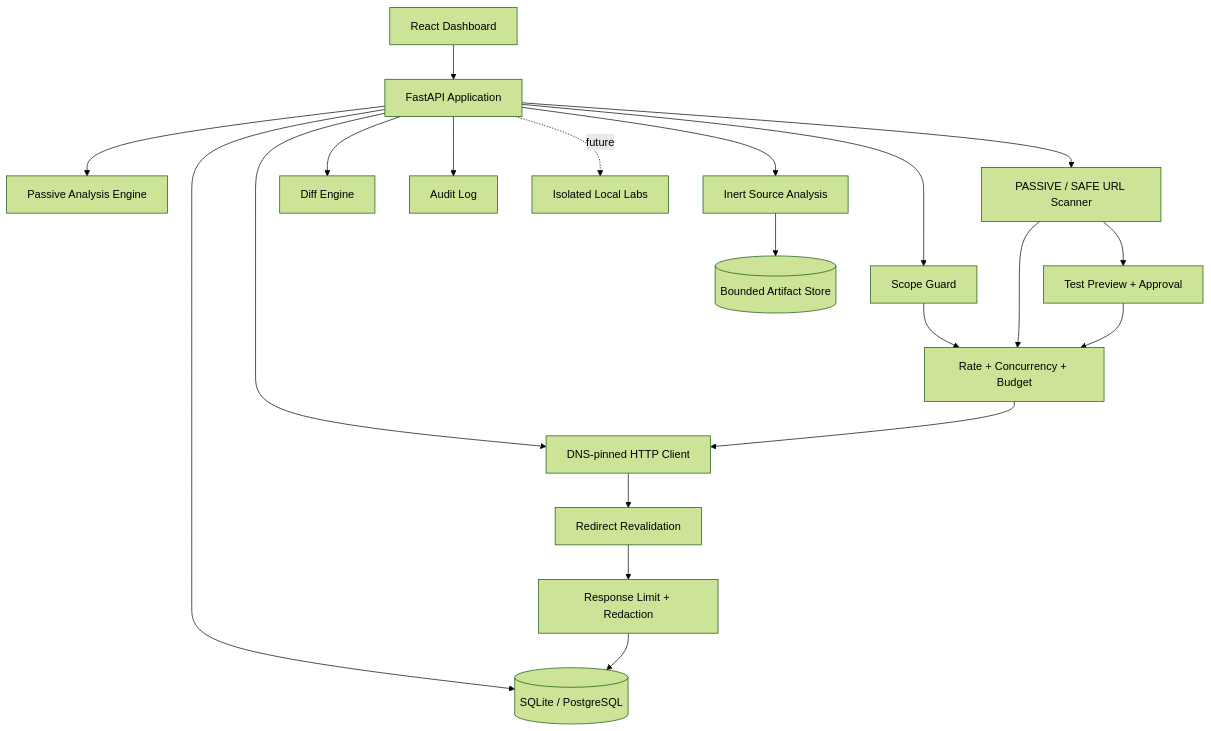
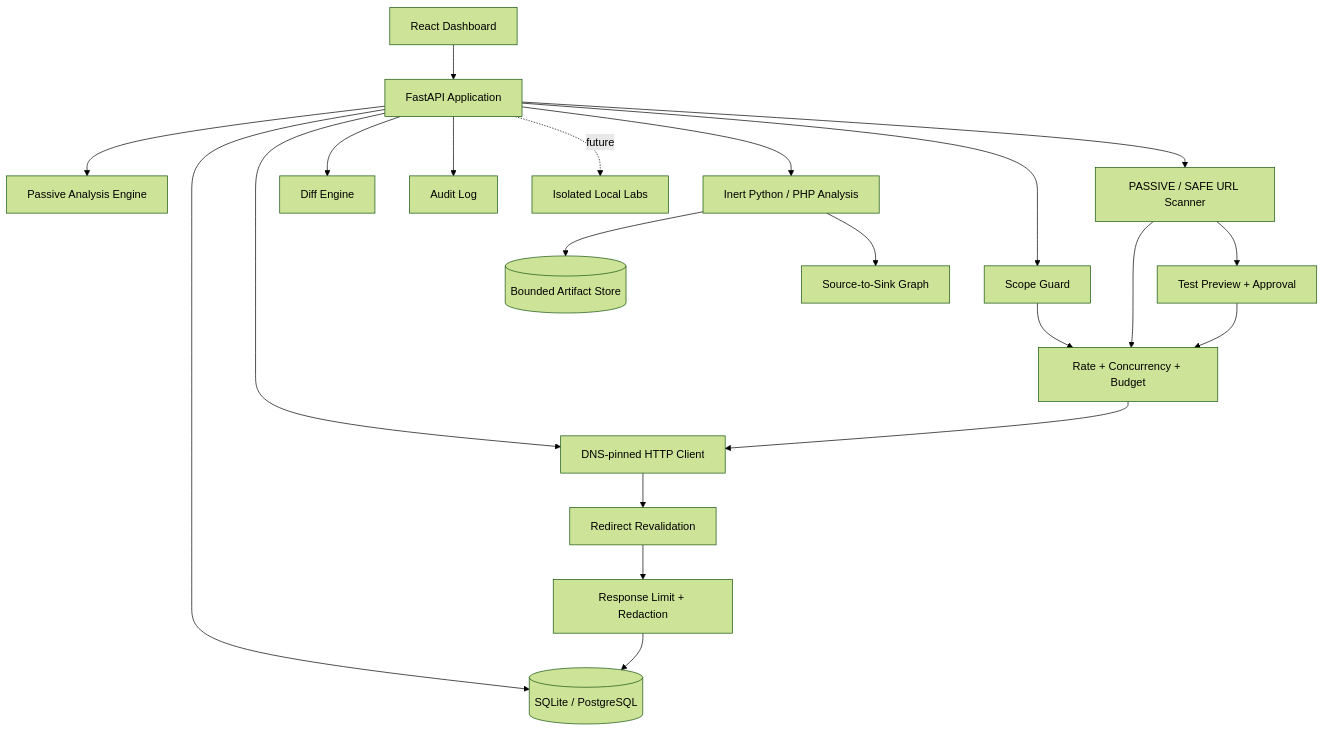
One commit to MintKangaroo/WebHacking_Lab changed the first of 2 diagrams in README.md. Above: the diagram before and after it, drawn with Mermaid (forest theme). The commit also changed other lines of this file and 26 other files, not shown here.

Commit message:
feat(code-analysis): add source-to-sink analysis

````diff
--- a/README.md
+++ b/README.md
@@ -172,22 +180,23 @@
 ```mermaid
 flowchart TD
     UI[React Dashboard] --> API[FastAPI Application]
     API --> SG[Scope Guard]
     API --> HC[DNS-pinned HTTP Client]
     API --> AN[Passive Analysis Engine]
     API --> SC[PASSIVE / SAFE URL Scanner]
-    API --> SA[Inert Source Analysis]
+    API --> SA[Inert Python / PHP Analysis]
     SC --> TP[Test Preview + Approval]
     API --> DF[Diff Engine]
     API --> AU[Audit Log]
     API --> DB[(SQLite / PostgreSQL)]
     SG --> RL[Rate + Concurrency + Budget]
     RL --> HC
     SC --> RL
     TP --> RL
     SA --> AS[(Bounded Artifact Store)]
+    SA --> TG[Source-to-Sink Graph]
     HC --> RG[Redirect Revalidation]
     RG --> RD[Response Limit + Redaction]
     RD --> DB
     API -. future .-> LAB[Isolated Local Labs]
 ```
````
